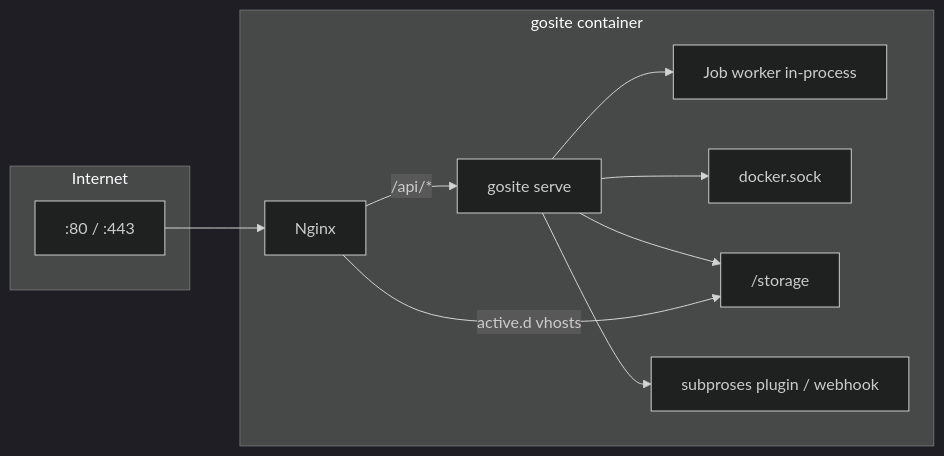
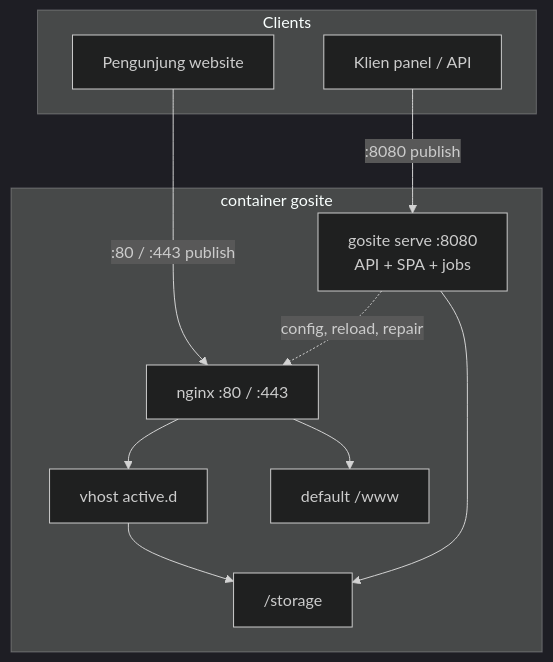
Before and after one commit to jahrulnr/GoSite: the diagram in docs/architecture_id.md, drawn with Mermaid (dark theme). The commit also changed other lines of this file and 11 other files, not shown here.

First line of the commit message:
docs: fix traffic model — panel :8080 parallel to nginx websites

````diff
--- a/docs/architecture_id.md
+++ b/docs/architecture_id.md
@@ -16,23 +22,23 @@
 ```mermaid
-flowchart LR
-    subgraph Internet
-        P80[":80 / :443"]
+flowchart TB
+    subgraph Clients
+        Panel["Klien panel / API"]
+        Visitor["Pengunjung website"]
     end
 
-    subgraph Container["gosite container"]
-        NGX[Nginx]
-        APP[gosite serve]
-        WORKER[Job worker in-process]
-        SOCK[docker.sock]
+    subgraph Container["container gosite"]
+        APP["gosite serve :8080\nAPI + SPA + jobs"]
+        NGX["nginx :80 / :443"]
+        VHOST["vhost active.d"]
+        WWW["default /www"]
         STG["/storage"]
-        PLG["subproses plugin / webhook"]
     end
 
-    P80 --> NGX
-    NGX -->|"/api/*"| APP
-    NGX -->|active.d vhosts| STG
+    Panel -->|":8080 publish"| APP
+    Visitor -->|":80 / :443 publish"| NGX
+    NGX --> VHOST
+    NGX --> WWW
+    VHOST --> STG
     APP --> STG
-    APP --> WORKER
-    APP --> SOCK
-    APP --> PLG
+    APP -.->|"config, reload, repair"| NGX
 ```
````
